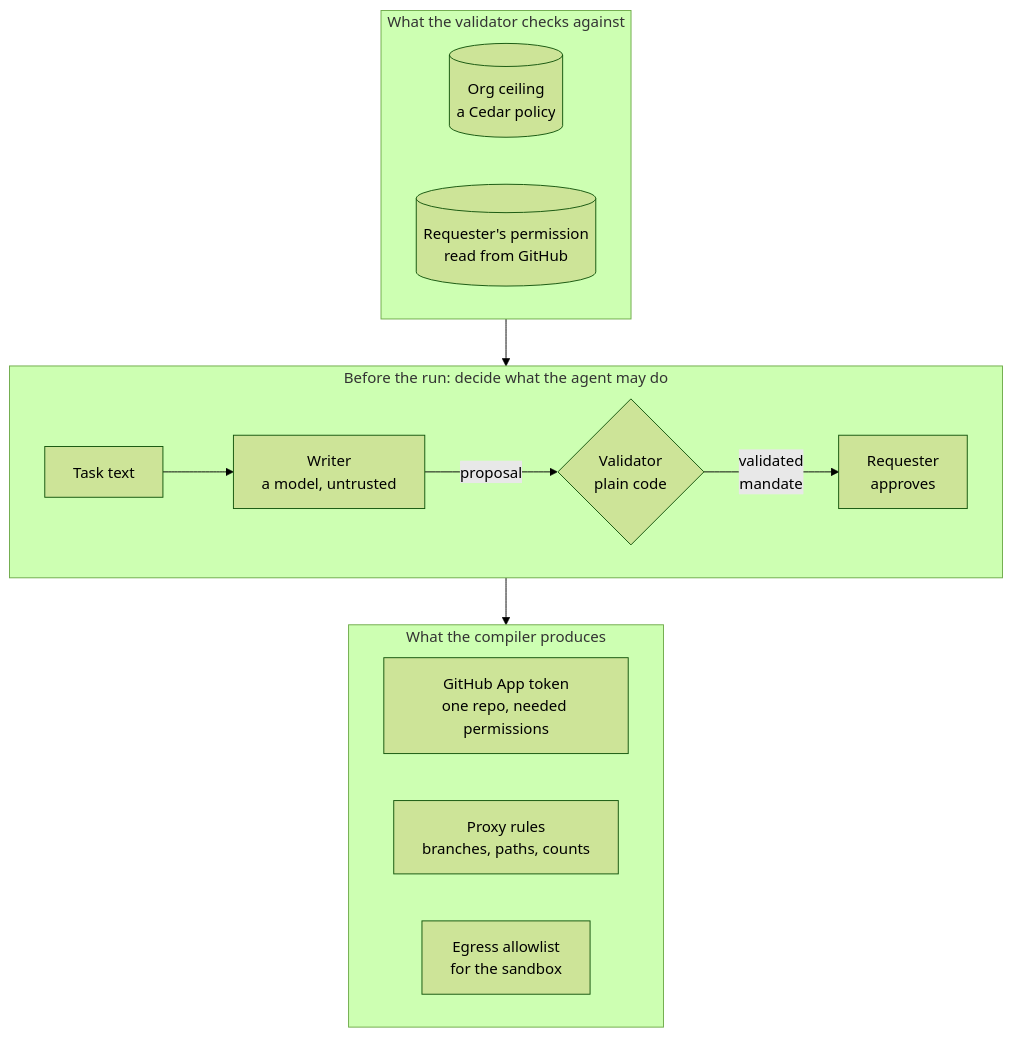
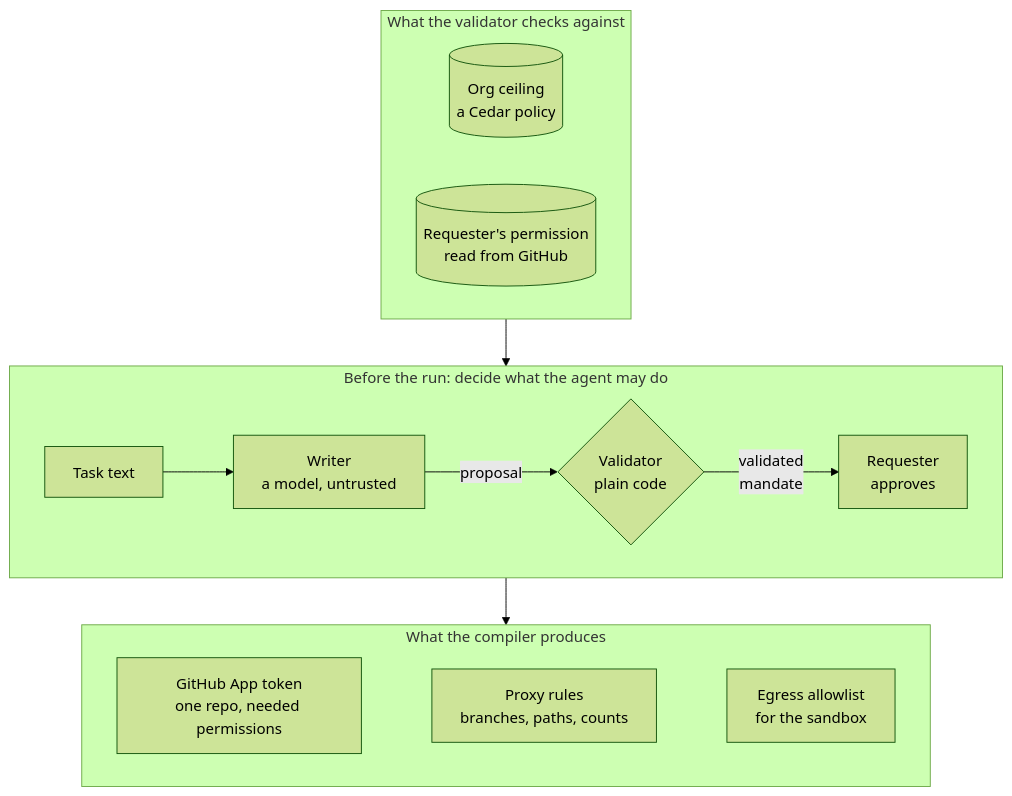
The first of 2 diagrams in README.md (pkravella/mandate), drawn with Mermaid (forest theme) before and after one commit.

Commit message:
docs: keep the compiler's three outputs in one row in the README diagram

````diff
--- a/README.md
+++ b/README.md
@@ -143,25 +143,26 @@
 ```mermaid
 flowchart TB
     subgraph limits["What the validator checks against"]
         direction LR
         ceiling[("Org ceiling<br/>a Cedar policy")]
         level[("Requester's permission<br/>read from GitHub")]
     end
 
     subgraph before["Before the run: decide what the agent may do"]
         direction LR
         task["Task text"] --> writer["Writer<br/>a model, untrusted"]
         writer -- "proposal" --> validator{"Validator<br/>plain code"}
         validator -- "validated<br/>mandate" --> approve["Requester<br/>approves"]
     end
 
     subgraph compiled["What the compiler produces"]
         direction LR
         token["GitHub App token<br/>one repo, needed permissions"]
         rules["Proxy rules<br/>branches, paths, counts"]
         egress["Egress allowlist<br/>for the sandbox"]
+        token ~~~ rules ~~~ egress
     end
 
     limits --> before
     before --> compiled
 ```
````
